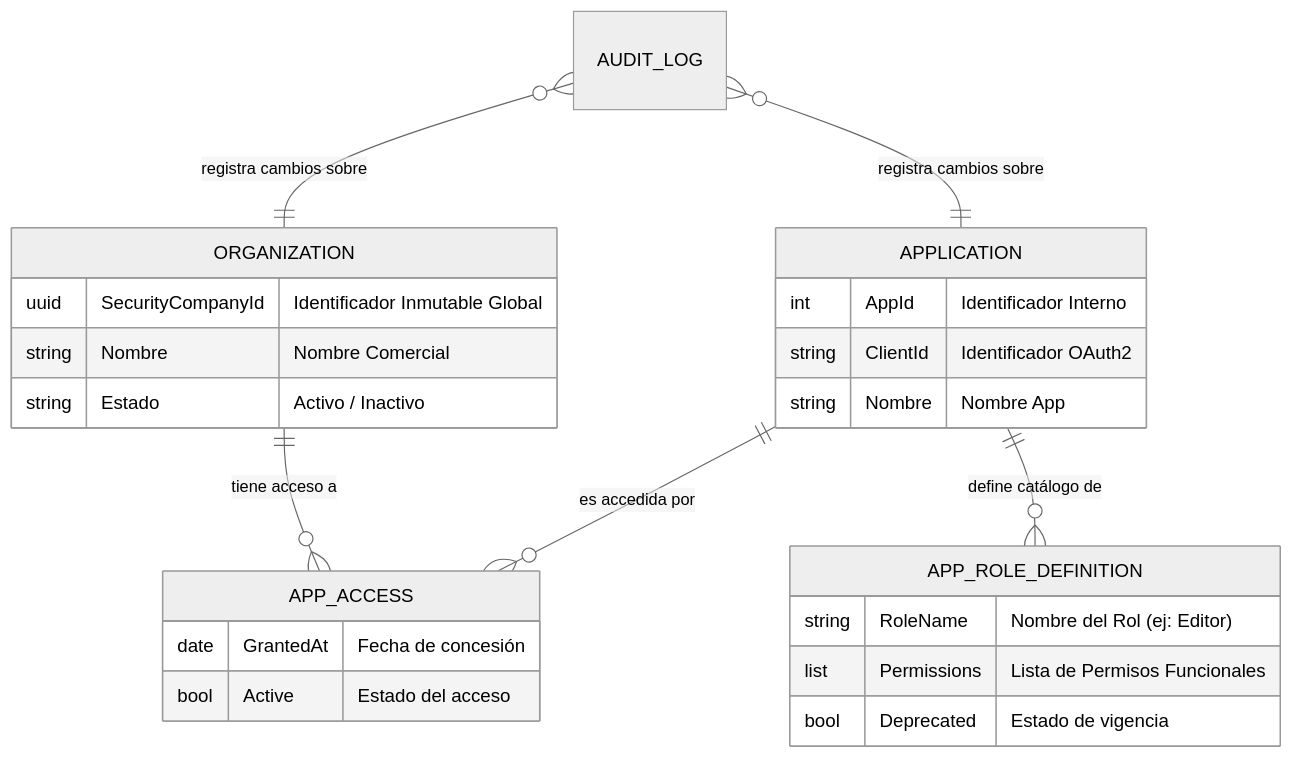
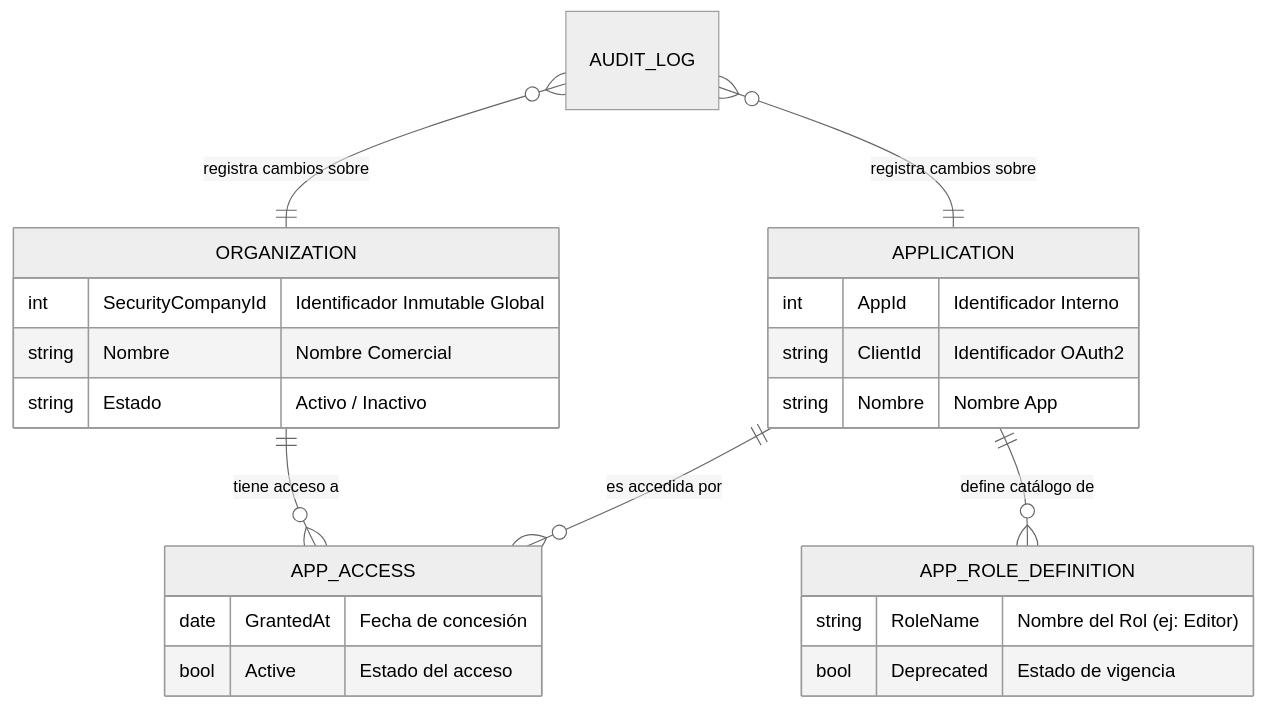
Before and after one commit to malbert-infoport/AI4Devs: the sixth of 6 diagrams in 01-Descripción general del Producto.md, drawn with Mermaid (neutral theme). The commit also changed other lines of this file and 1 other file, not shown here.

````diff
--- a/01-Descripción general del Producto.md
+++ b/01-Descripción general del Producto.md
@@ -264,31 +265,30 @@
 ```mermaid
 erDiagram
     ORGANIZATION ||--o{ APP_ACCESS : "tiene acceso a"
     ORGANIZATION {
-        uuid SecurityCompanyId "Identificador Inmutable Global"
+        int SecurityCompanyId "Identificador Inmutable Global"
         string Nombre "Nombre Comercial"
         string Estado "Activo / Inactivo"
     }
     
     APPLICATION ||--o{ APP_ACCESS : "es accedida por"
     APPLICATION ||--o{ APP_ROLE_DEFINITION : "define catálogo de"
     APPLICATION {
         int AppId "Identificador Interno"
         string ClientId "Identificador OAuth2"
         string Nombre "Nombre App"
     }
     
     APP_ROLE_DEFINITION {
         string RoleName "Nombre del Rol (ej: Editor)"
-        list Permissions "Lista de Permisos Funcionales"
         bool Deprecated "Estado de vigencia"
     }
     
     APP_ACCESS {
         date GrantedAt "Fecha de concesión"
         bool Active "Estado del acceso"
     }
     
     AUDIT_LOG }o--|| ORGANIZATION : "registra cambios sobre"
     AUDIT_LOG }o--|| APPLICATION : "registra cambios sobre"
 ```
````
